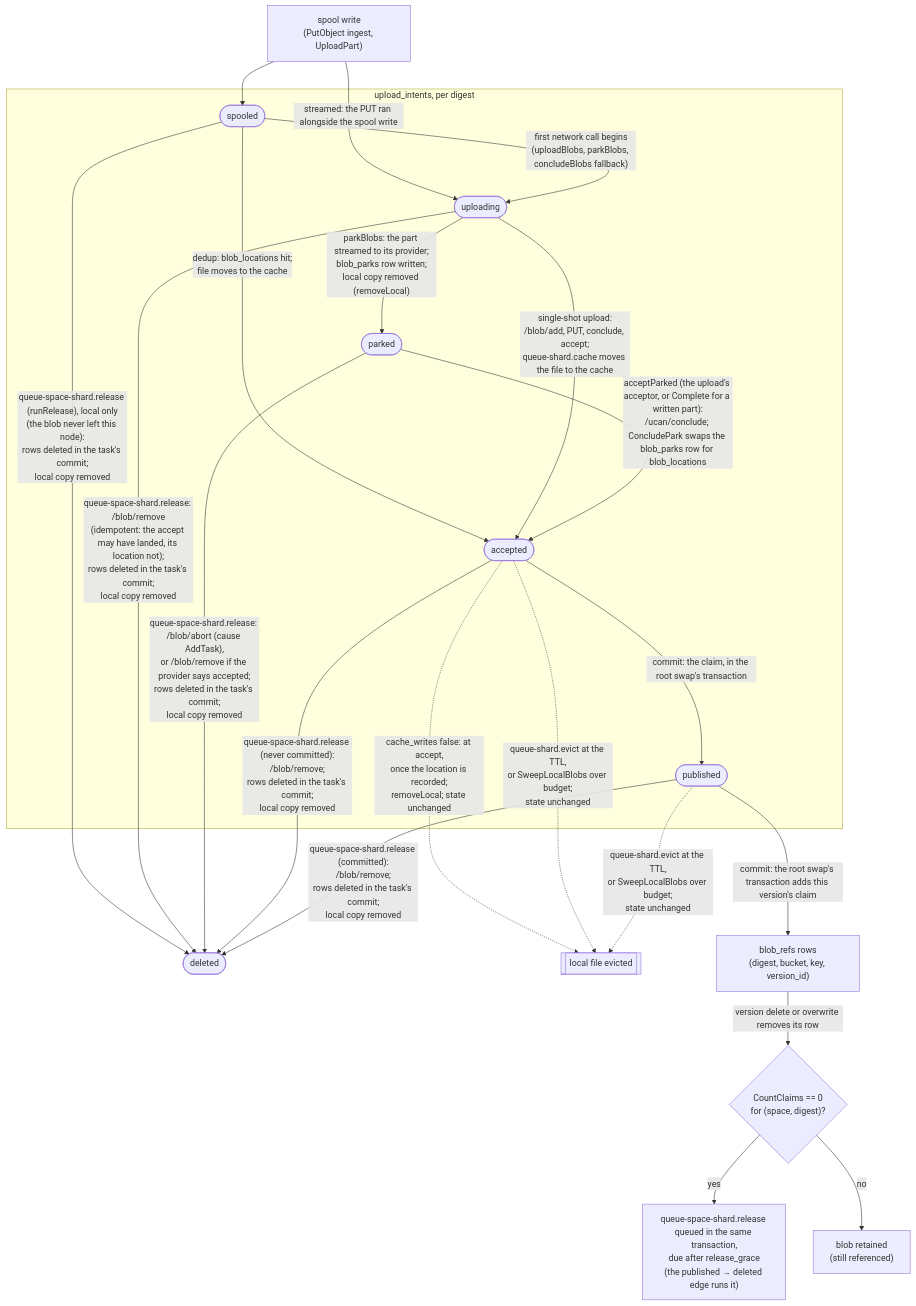
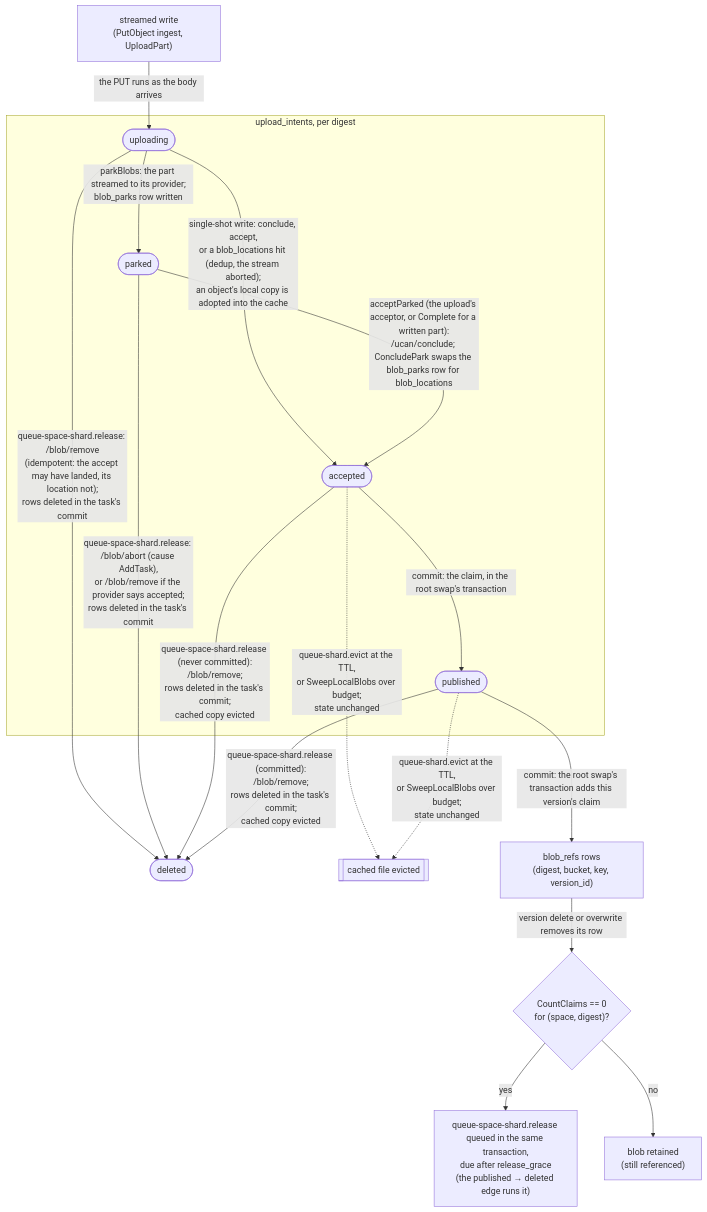
Before and after one commit to fil-forge/ingot: the ninth of 15 diagrams in docs/diagrams.md, drawn with Mermaid. The commit also changed other lines of this file and 83 other files, not shown here.

First line of the commit message:
refactor: stream every object blob and remove the spool

````diff
--- a/docs/diagrams.md
+++ b/docs/diagrams.md
@@ -703,34 +698,28 @@
 ```mermaid
 flowchart TB
-    W["spool write<br/>(PutObject ingest, UploadPart)"] --> spooled
-    W -->|"streamed: the PUT ran alongside the spool write"| uploading
+    W["streamed write<br/>(PutObject ingest, UploadPart)"] -->|"the PUT runs as the body arrives"| uploading
 
     subgraph intents["upload_intents, per digest"]
-        spooled([spooled])
         uploading([uploading])
         parked([parked])
         accepted([accepted])
         published([published])
     end
 
-    spooled -->|"dedup: blob_locations hit;<br/>file moves to the cache"| accepted
-    spooled -->|"first network call begins<br/>(uploadBlobs, parkBlobs, concludeBlobs fallback)"| uploading
-    uploading -->|"single-shot upload:<br/>/blob/add, PUT, conclude, accept;<br/>queue-shard.cache moves the file to the cache"| accepted
-    uploading -->|"parkBlobs: the part streamed to its provider;<br/>blob_parks row written;<br/>local copy removed (removeLocal)"| parked
+    uploading -->|"single-shot write: conclude, accept,<br/>or a blob_locations hit (dedup, the stream aborted);<br/>an object's local copy is adopted into the cache"| accepted
+    uploading -->|"parkBlobs: the part streamed to its provider;<br/>blob_parks row written"| parked
     parked -->|"acceptParked (the upload's acceptor, or Complete for a written part):<br/>/ucan/conclude; ConcludePark swaps the blob_parks row for blob_locations"| accepted
-    spooled -->|"queue-space-shard.release (runRelease), local only<br/>(the blob never left this node):<br/>rows deleted in the task's commit;<br/>local copy removed"| gone([deleted])
-    uploading -->|"queue-space-shard.release: /blob/remove<br/>(idempotent: the accept may have landed, its location not);<br/>rows deleted in the task's commit;<br/>local copy removed"| gone
-    parked -->|"queue-space-shard.release: /blob/abort (cause AddTask),<br/>or /blob/remove if the provider says accepted;<br/>rows deleted in the task's commit;<br/>local copy removed"| gone
-    accepted -->|"queue-space-shard.release (never committed):<br/>/blob/remove;<br/>rows deleted in the task's commit;<br/>local copy removed"| gone
-    published -->|"queue-space-shard.release (committed):<br/>/blob/remove;<br/>rows deleted in the task's commit;<br/>local copy removed"| gone
+    uploading -->|"queue-space-shard.release: /blob/remove<br/>(idempotent: the accept may have landed, its location not);<br/>rows deleted in the task's commit"| gone([deleted])
+    parked -->|"queue-space-shard.release: /blob/abort (cause AddTask),<br/>or /blob/remove if the provider says accepted;<br/>rows deleted in the task's commit"| gone
+    accepted -->|"queue-space-shard.release (never committed):<br/>/blob/remove;<br/>rows deleted in the task's commit;<br/>cached copy evicted"| gone
+    published -->|"queue-space-shard.release (committed):<br/>/blob/remove;<br/>rows deleted in the task's commit;<br/>cached copy evicted"| gone
 
     accepted -->|"commit: the claim, in the root swap's transaction"| published
 
-    accepted -.->|"cache_writes false: at accept,<br/>once the location is recorded;<br/>removeLocal; state unchanged"| evicted[["local file evicted"]]
-    accepted -.->|"queue-shard.evict at the TTL,<br/>or SweepLocalBlobs over budget;<br/>state unchanged"| evicted
+    accepted -.->|"queue-shard.evict at the TTL,<br/>or SweepLocalBlobs over budget;<br/>state unchanged"| evicted[["cached file evicted"]]
     published -.->|"queue-shard.evict at the TTL,<br/>or SweepLocalBlobs over budget;<br/>state unchanged"| evicted
     published -->|"commit: the root swap's transaction adds this version's claim"| refs["blob_refs rows<br/>(digest, bucket, key, version_id)"]
     refs -->|"version delete or overwrite removes its row"| zero{"CountClaims == 0<br/>for (space, digest)?"}
     zero -->|yes| rel["queue-space-shard.release queued in the same transaction,<br/>due after release_grace<br/>(the published → deleted edge runs it)"]
     zero -->|no| keep["blob retained<br/>(still referenced)"]
 ```
````
